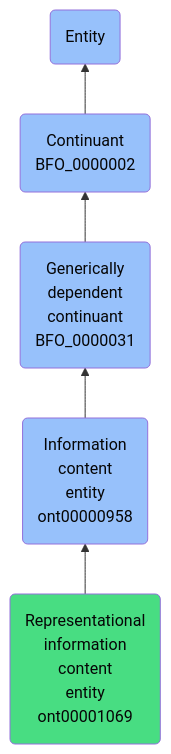
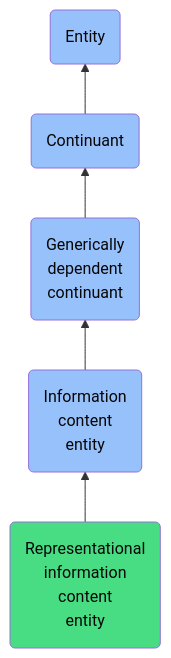
One commit to jupyter-naas/abi changed the diagram in docs/ontology/reference/model/Entity/Continuant/Generically dependent continuant/Information content entity/Representational information content entity/Representational information content entity.md. Above: the diagram before and after it, drawn with Mermaid. The commit also changed other lines of this file and 1430 other files, not shown here.

````diff
--- a/docs/ontology/reference/model/Entity/Continuant/Generically dependent continuant/Information content entity/Representational information content entity/Representational information content entity.md
+++ b/docs/ontology/reference/model/Entity/Continuant/Generically dependent continuant/Information content entity/Representational information content entity/Representational information content entity.md
@@ -26,12 +26,12 @@
 ```mermaid
 graph BT
-    ont00001069(Representational<br>information<br>content<br>entity<br>ont00001069):::ABI-->ont00000958
-    ont00000958(Information<br>content<br>entity<br>ont00000958):::BFO-->BFO_0000031
-    BFO_0000031(Generically<br>dependent<br>continuant<br>BFO_0000031):::BFO-->BFO_0000002
-    BFO_0000002(Continuant<br>BFO_0000002):::BFO-->BFO_0000001
+    ont00001069(Representational<br>information<br>content<br>entity):::ABI-->ont00000958
+    ont00000958(Information<br>content<br>entity):::BFO-->BFO_0000031
+    BFO_0000031(Generically<br>dependent<br>continuant):::BFO-->BFO_0000002
+    BFO_0000002(Continuant):::BFO-->BFO_0000001
     BFO_0000001(Entity):::BFO
     
     classDef BFO fill:#97c1fb,color:#060606
     classDef CCO fill:#e4c51e,color:#060606
     classDef ABI fill:#48DD82,color:#060606
 ```
````
